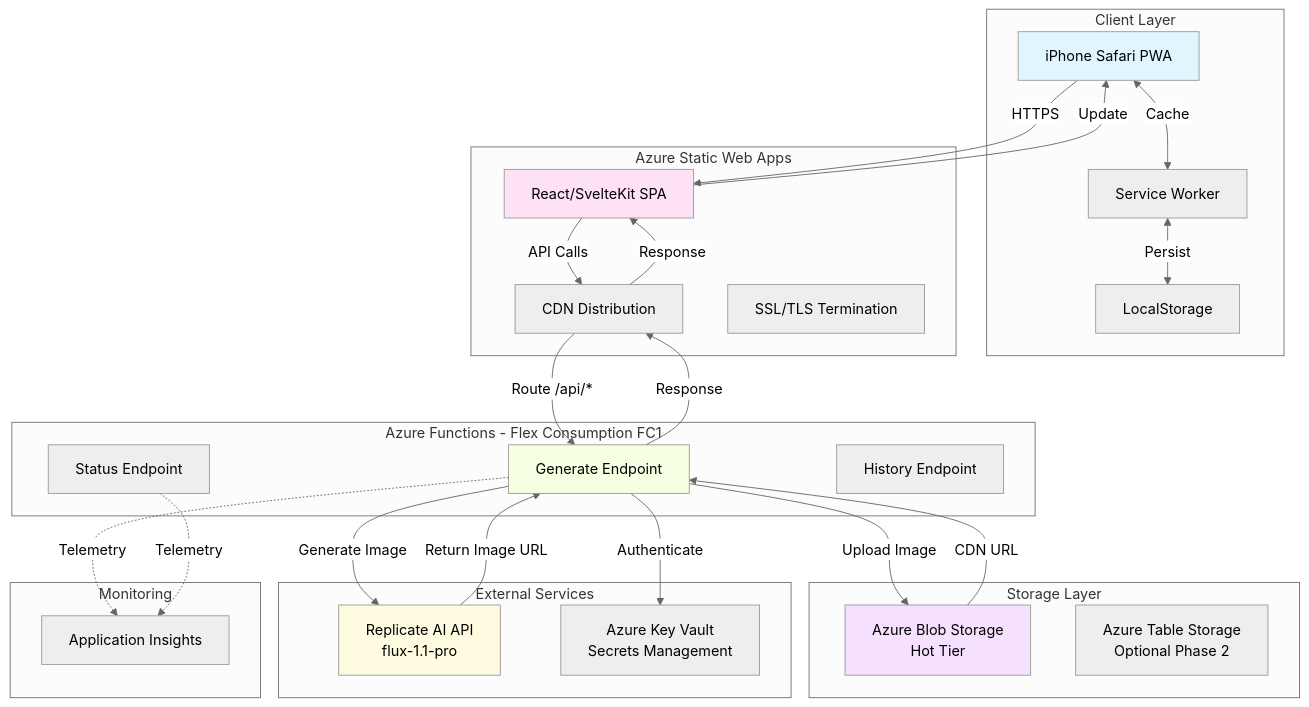
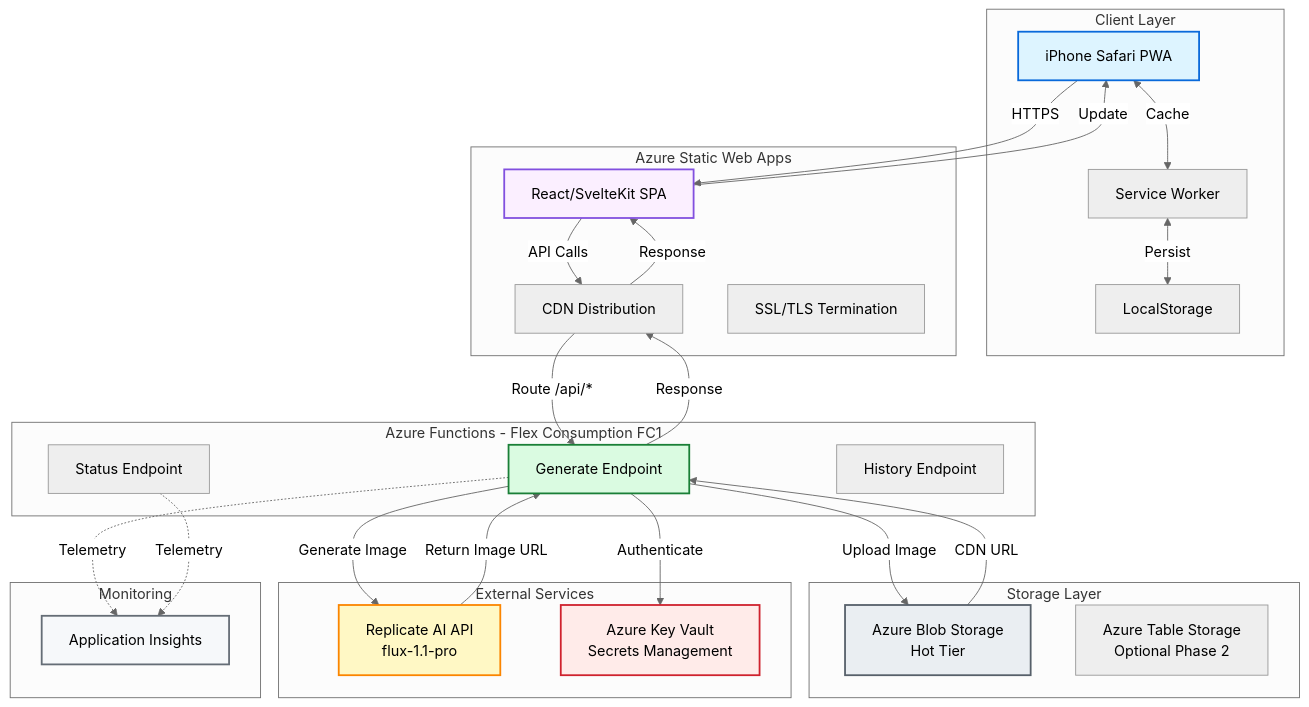
The first of 5 diagrams in ARCHITECTURE.md (fabioc-aloha/ai-wallpaper-generator), drawn with Mermaid (neutral theme) before and after one commit. The commit also changed other lines of this file, not shown here.

First line of the commit message:
Polish Mermaid diagrams with GitHub color palette

````diff
--- a/ARCHITECTURE.md
+++ b/ARCHITECTURE.md
@@ -42,56 +42,58 @@
 ```mermaid
 graph TB
     subgraph "Client Layer"
         A[iPhone Safari PWA]
         B[Service Worker]
         C[LocalStorage]
     end
 
     subgraph "Azure Static Web Apps"
         D[React/SvelteKit SPA]
         E[CDN Distribution]
         F[SSL/TLS Termination]
     end
 
     subgraph "Azure Functions - Flex Consumption FC1"
         G[Generate Endpoint]
         H[Status Endpoint]
         I[History Endpoint]
     end
 
     subgraph "Storage Layer"
         J[Azure Blob Storage<br/>Hot Tier]
         K[Azure Table Storage<br/>Optional Phase 2]
     end
 
     subgraph "External Services"
         L[Replicate AI API<br/>flux-1.1-pro]
         M[Azure Key Vault<br/>Secrets Management]
     end
 
     subgraph "Monitoring"
         N[Application Insights]
     end
 
     A -->|HTTPS| D
     A <-->|Cache| B
     B <-->|Persist| C
     D -->|API Calls| E
     E -->|Route /api/*| G
     G -->|Authenticate| M
     G -->|Generate Image| L
     L -->|Return Image URL| G
     G -->|Upload Image| J
     J -->|CDN URL| G
     G -->|Response| E
     E -->|Response| D
     D -->|Update| A
     G -.->|Telemetry| N
     H -.->|Telemetry| N
 
-    style A fill:#e1f5ff
-    style D fill:#ffe1f5
-    style G fill:#f5ffe1
-    style L fill:#fffbe1
-    style J fill:#f5e1ff
+    style A fill:#ddf4ff,stroke:#0969DA,stroke-width:2px
+    style D fill:#fbefff,stroke:#8250df,stroke-width:2px
+    style G fill:#dafbe1,stroke:#1a7f37,stroke-width:2px
+    style L fill:#fff8c5,stroke:#fb8500,stroke-width:2px
+    style J fill:#eaeef2,stroke:#57606a,stroke-width:2px
+    style M fill:#ffebe9,stroke:#cf222e,stroke-width:2px
+    style N fill:#f6f8fa,stroke:#656d76,stroke-width:2px
 ```
````
